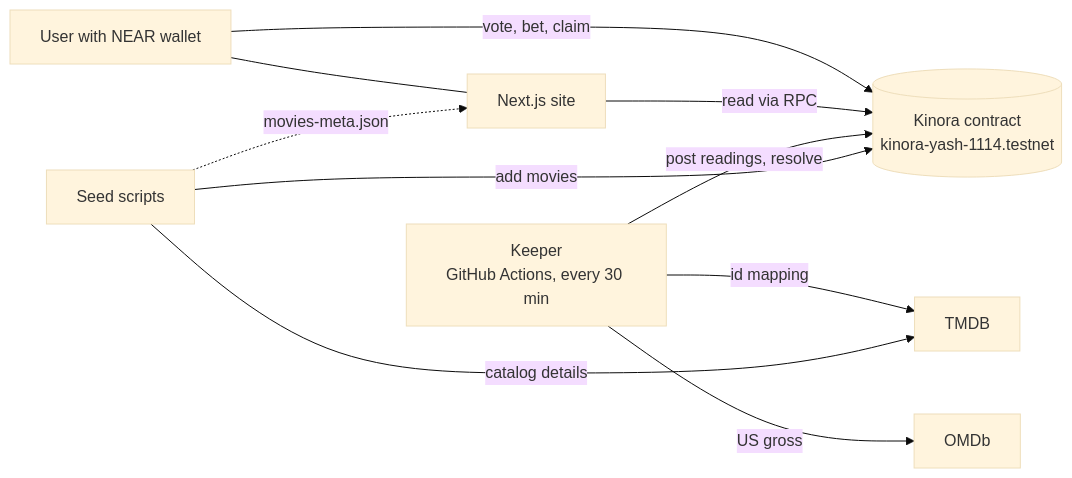
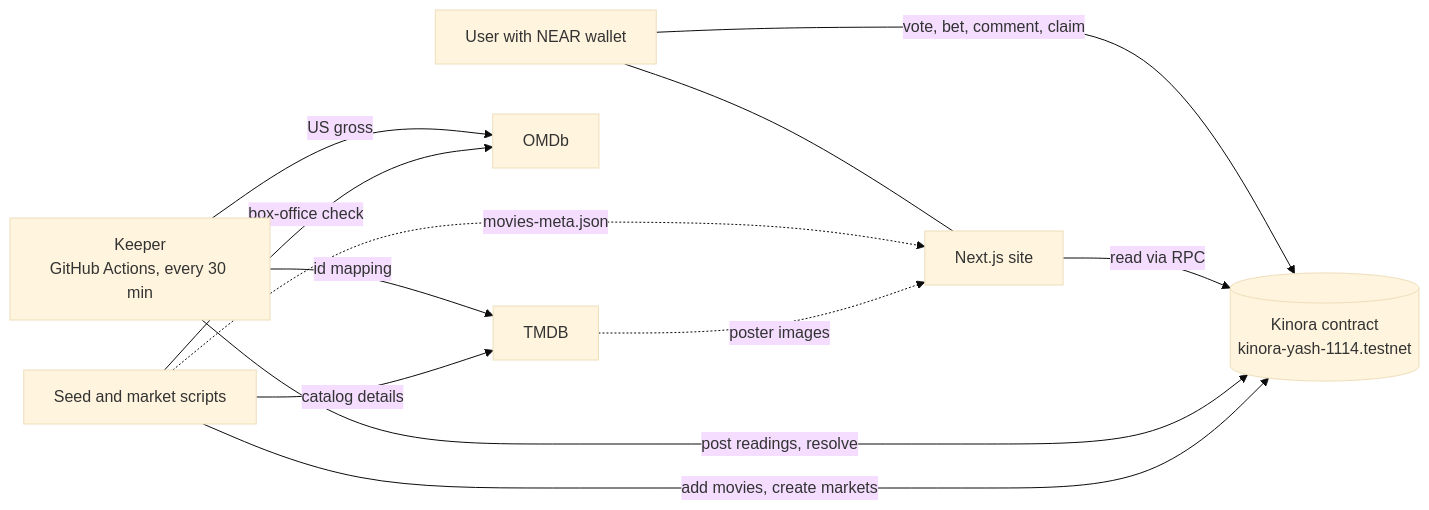
The diagram in README.md (yash-raj10/Kinora), drawn with Mermaid (base theme) before and after one commit. The commit also changed 1 other file, not shown here.

Commit message:
Correct the README architecture diagram and trim the product brief
The diagram now shows commenting, the market-creation script, the seed script's OMDb check and TMDB poster images, matching what the code does. The product brief drops the feature list, key numbers table and video script.

````diff
--- a/README.md
+++ b/README.md
@@ -118,12 +118,14 @@
 ```mermaid
 flowchart LR
-    U[User with NEAR wallet] -->|vote, bet, claim| C[(Kinora contract<br/>kinora-yash-1114.testnet)]
+    U[User with NEAR wallet] -->|vote, bet, comment, claim| C[(Kinora contract<br/>kinora-yash-1114.testnet)]
     W[Next.js site] -->|read via RPC| C
     U --- W
     K[Keeper<br/>GitHub Actions, every 30 min] -->|post readings, resolve| C
     K -->|US gross| O[OMDb]
     K -->|id mapping| T[TMDB]
-    S[Seed scripts] -->|add movies| C
+    S[Seed and market scripts] -->|add movies, create markets| C
     S -->|catalog details| T
+    S -->|box-office check| O
     S -.->|movies-meta.json| W
+    T -.->|poster images| W
 ```
````
